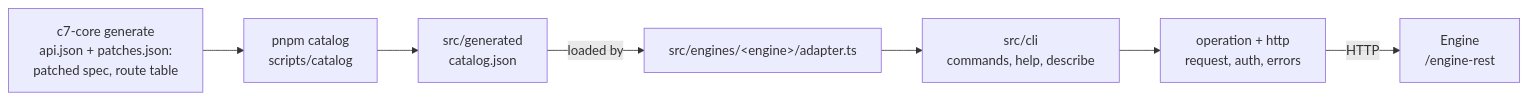
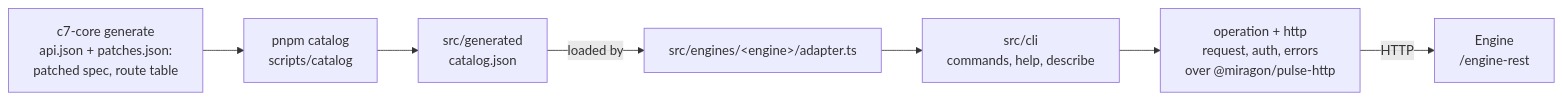
One commit to Miragon/pulse changed the second of 4 diagrams in docs/cli/architecture.md. Above: the diagram before and after it, drawn with Mermaid. The commit also changed other lines of this file and 72 other files, not shown here.

````diff
--- a/docs/cli/architecture.md
+++ b/docs/cli/architecture.md
@@ -57,9 +57,9 @@
 ```mermaid
 flowchart LR
   spec["c7-core generate<br/>api.json + patches.json:<br/>patched spec, route table"] --> gen["pnpm catalog<br/>scripts/catalog"]
   gen --> catalog["src/generated<br/>catalog.json"]
   catalog -- loaded by --> adapter["src/engines/&lt;engine&gt;/adapter.ts"]
   adapter --> cli["src/cli<br/>commands, help, describe"]
-  cli --> http["operation + http<br/>request, auth, errors"]
+  cli --> http["operation + http<br/>request, auth, errors<br/>over @miragon/pulse-http"]
   http -- HTTP --> engine["Engine<br/>/engine-rest"]
 ```
````
